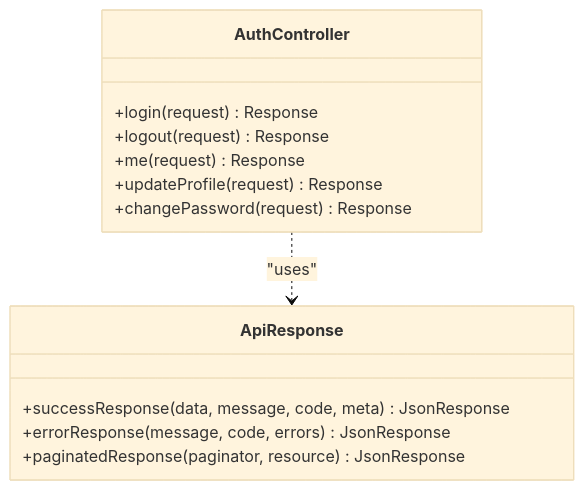
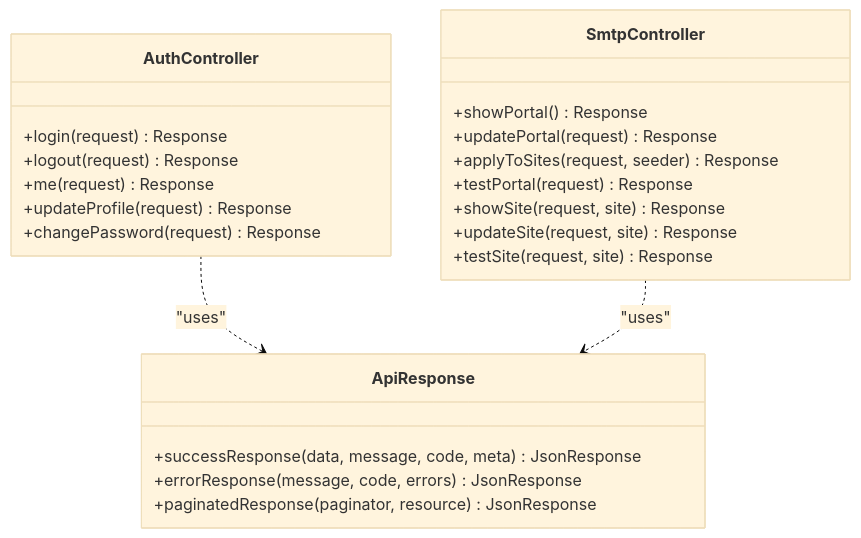
The ninth of 14 diagrams in .qoder/repowiki/en/content/Backend Architecture (Laravel)/Backend Architecture (Laravel).md (FCS-WP/website_portal), drawn with Mermaid (base theme) before and after one commit. The commit also changed other lines of this file and 30 other files, not shown here.

````diff
--- a/.qoder/repowiki/en/content/Backend Architecture (Laravel)/Backend Architecture (Laravel).md
+++ b/.qoder/repowiki/en/content/Backend Architecture (Laravel)/Backend Architecture (Laravel).md
@@ -433,16 +533,26 @@
 ```mermaid
 classDiagram
 class AuthController {
 +login(request) Response
 +logout(request) Response
 +me(request) Response
 +updateProfile(request) Response
 +changePassword(request) Response
 }
+class SmtpController {
++showPortal() Response
++updatePortal(request) Response
++applyToSites(request, seeder) Response
++testPortal(request) Response
++showSite(request, site) Response
++updateSite(request, site) Response
++testSite(request, site) Response
+}
 class ApiResponse {
 +successResponse(data, message, code, meta) JsonResponse
 +errorResponse(message, code, errors) JsonResponse
 +paginatedResponse(paginator, resource) JsonResponse
 }
 AuthController ..> ApiResponse : "uses"
+SmtpController ..> ApiResponse : "uses"
 ```
````
